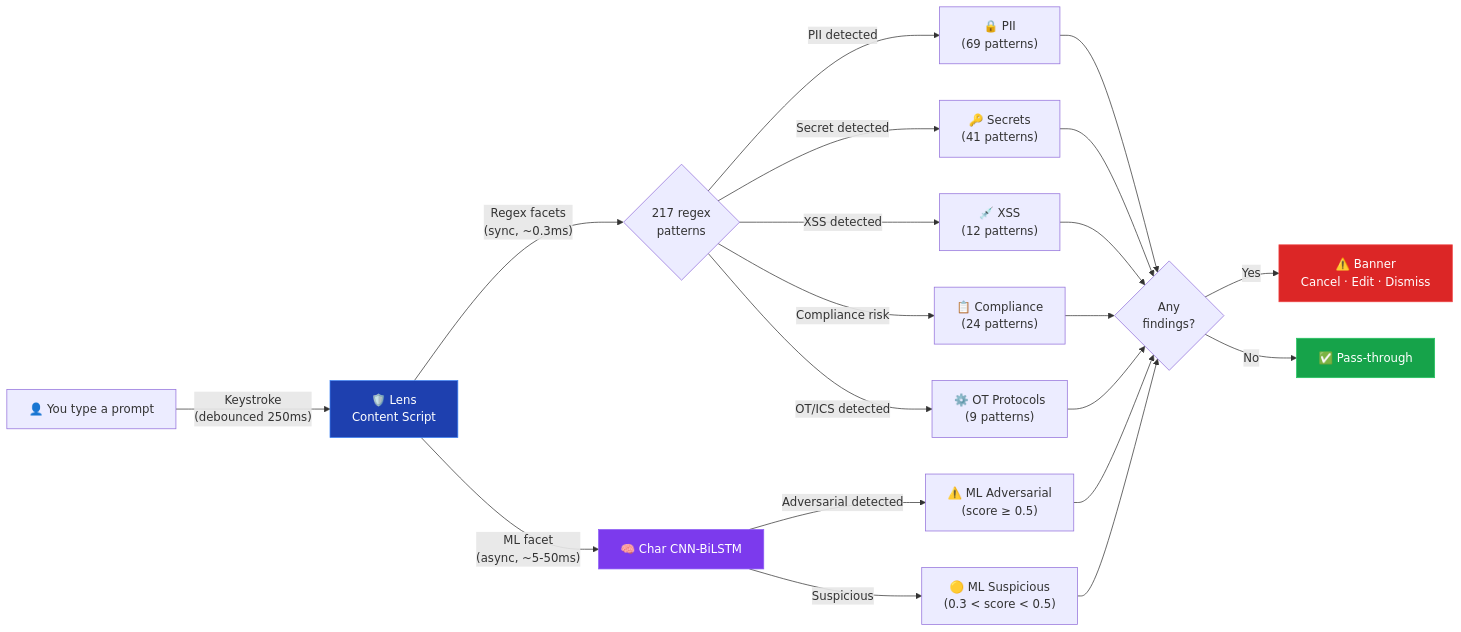
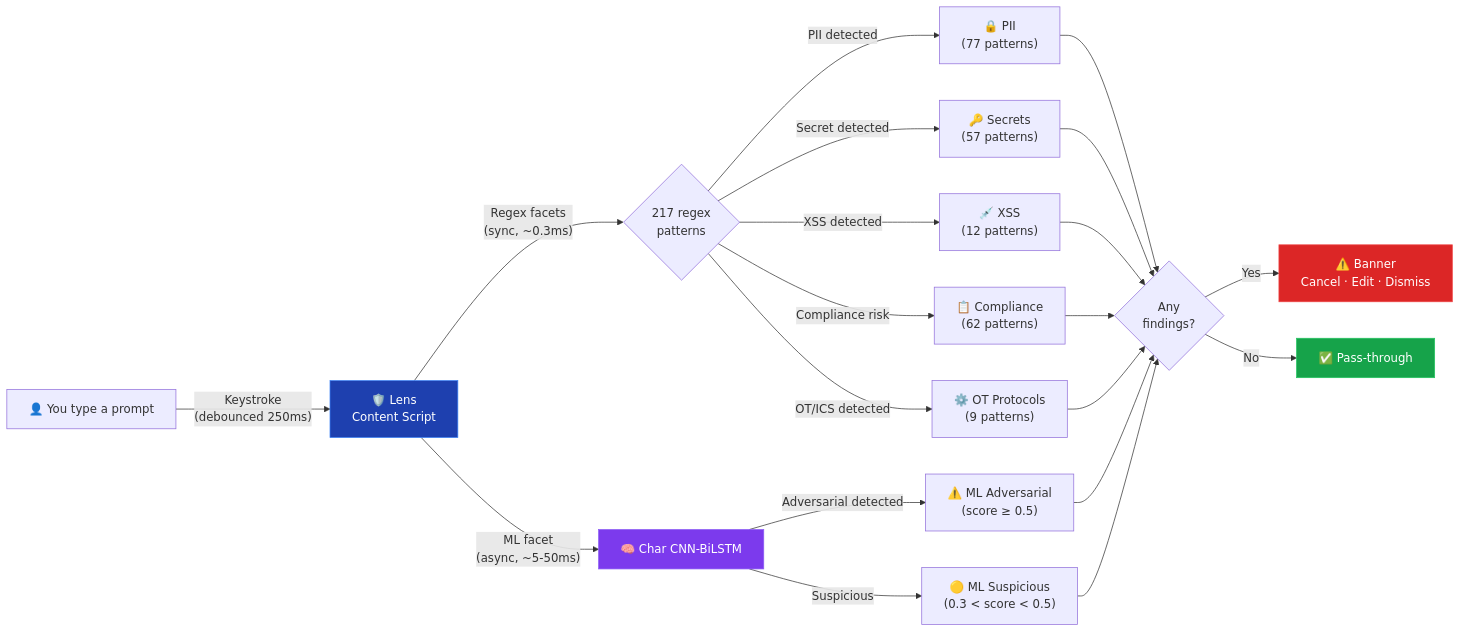
The diagram in README.md (aegisgatesecurity/aegisgate-lens), drawn with Mermaid before and after one commit. The commit also changed other lines of this file, not shown here.

````diff
--- a/README.md
+++ b/README.md
@@ -113,23 +113,23 @@
 ```mermaid
 flowchart LR
     User["👤 You type a prompt"] -->|"Keystroke<br/>(debounced 250ms)"| Lens["🛡️ Lens<br/>Content Script"]
     Lens -->|"Regex facets<br/>(sync, ~0.3ms)"| Regex{"217 regex<br/>patterns"}
     Lens -->|"ML facet<br/>(async, ~5-50ms)"| ML["🧠 Char CNN-BiLSTM"]
 
-    Regex -->|"PII detected"| PII["🔒 PII<br/>(69 patterns)"]
-    Regex -->|"Secret detected"| Secret["🔑 Secrets<br/>(41 patterns)"]
+    Regex -->|"PII detected"| PII["🔒 PII<br/>(77 patterns)"]
+    Regex -->|"Secret detected"| Secret["🔑 Secrets<br/>(57 patterns)"]
     Regex -->|"XSS detected"| XSS["💉 XSS<br/>(12 patterns)"]
-    Regex -->|"Compliance risk"| Comp["📋 Compliance<br/>(24 patterns)"]
+    Regex -->|"Compliance risk"| Comp["📋 Compliance<br/>(62 patterns)"]
     Regex -->|"OT/ICS detected"| OT["⚙️ OT Protocols<br/>(9 patterns)"]
     ML -->|"Adversarial detected"| Adv["⚠️ ML Adversarial<br/>(score ≥ 0.5)"]
     ML -->|"Suspicious"| Sus["🟡 ML Suspicious<br/>(0.3 < score < 0.5)"]
 
     PII & Secret & XSS & Comp & OT & Adv & Sus --> Decision{"Any<br/>findings?"}
     Decision -->|"Yes"| Banner["⚠️ Banner<br/>Cancel · Edit · Dismiss"]
     Decision -->|"No"| Pass["✅ Pass-through"]
 
     style Lens fill:#1e40af,stroke:#3b82f6,color:#fff
     style ML fill:#7c3aed,stroke:#8b5cf6,color:#fff
     style Banner fill:#dc2626,stroke:#ef4444,color:#fff
     style Pass fill:#16a34a,stroke:#22c55e,color:#fff
 ```
````
